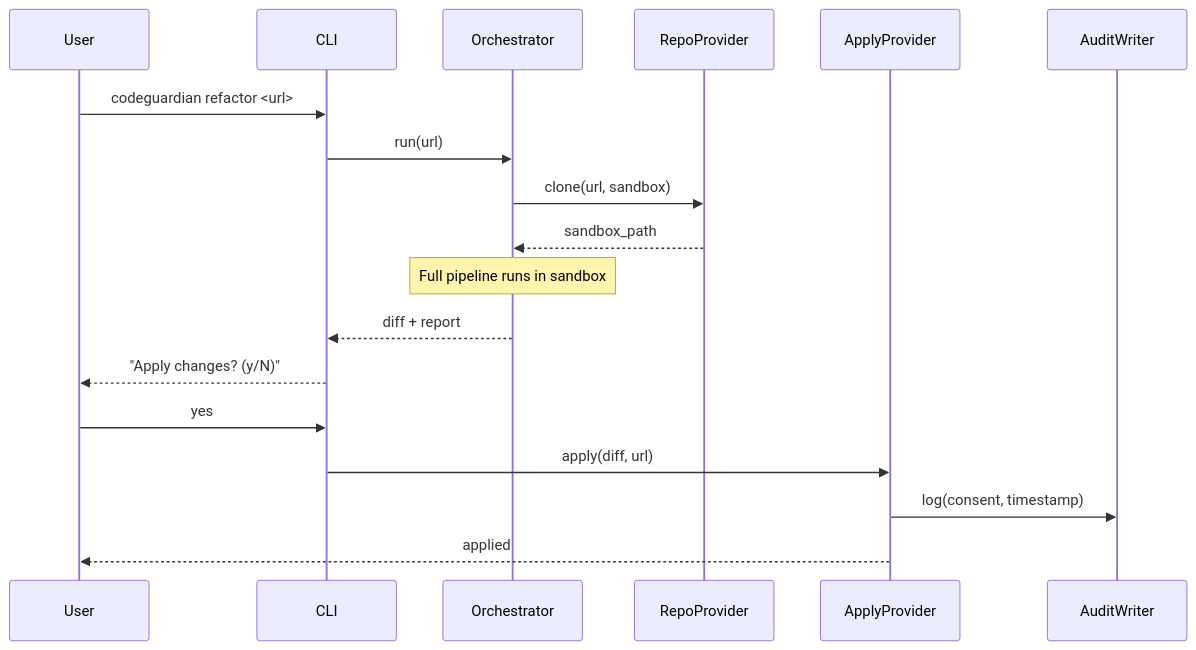
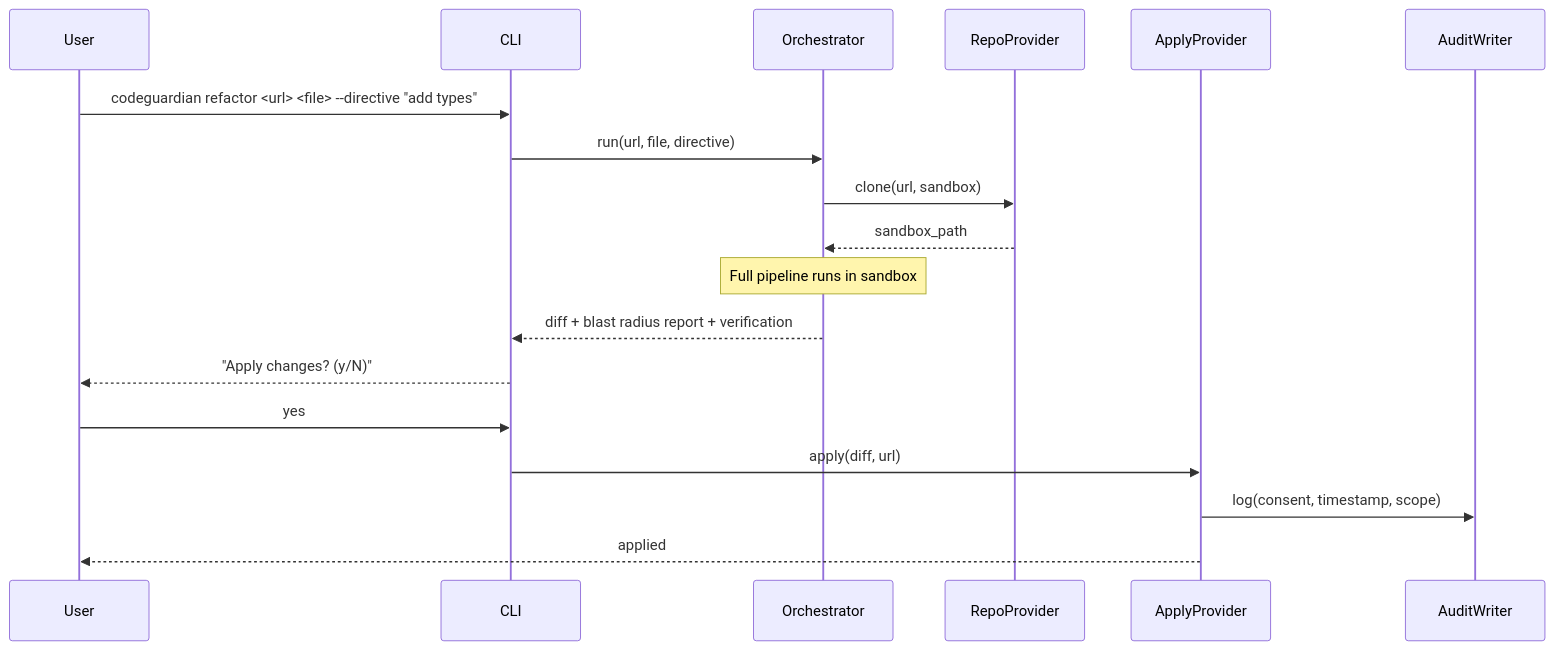
The eighth of 25 diagrams in docs/04-architecture.md (arubara2021/CodeGuardian), drawn with Mermaid before and after one commit. The commit also changed other lines of this file and 5 other files, not shown here.

````diff
--- a/docs/04-architecture.md
+++ b/docs/04-architecture.md
@@ -389,21 +490,21 @@
 ```mermaid
 sequenceDiagram
     participant User
     participant CLI
     participant Orchestrator
     participant RepoProvider
     participant ApplyProvider
     participant AuditWriter
 
-    User->>CLI: codeguardian refactor <url>
-    CLI->>Orchestrator: run(url)
+    User->>CLI: codeguardian refactor <url> <file> --directive "add types"
+    CLI->>Orchestrator: run(url, file, directive)
     Orchestrator->>RepoProvider: clone(url, sandbox)
     RepoProvider-->>Orchestrator: sandbox_path
     Note over Orchestrator: Full pipeline runs in sandbox
-    Orchestrator-->>CLI: diff + report
+    Orchestrator-->>CLI: diff + blast radius report + verification
     CLI-->>User: "Apply changes? (y/N)"
     User->>CLI: yes
     CLI->>ApplyProvider: apply(diff, url)
-    ApplyProvider->>AuditWriter: log(consent, timestamp)
+    ApplyProvider->>AuditWriter: log(consent, timestamp, scope)
     ApplyProvider-->>User: applied
 ```
````
